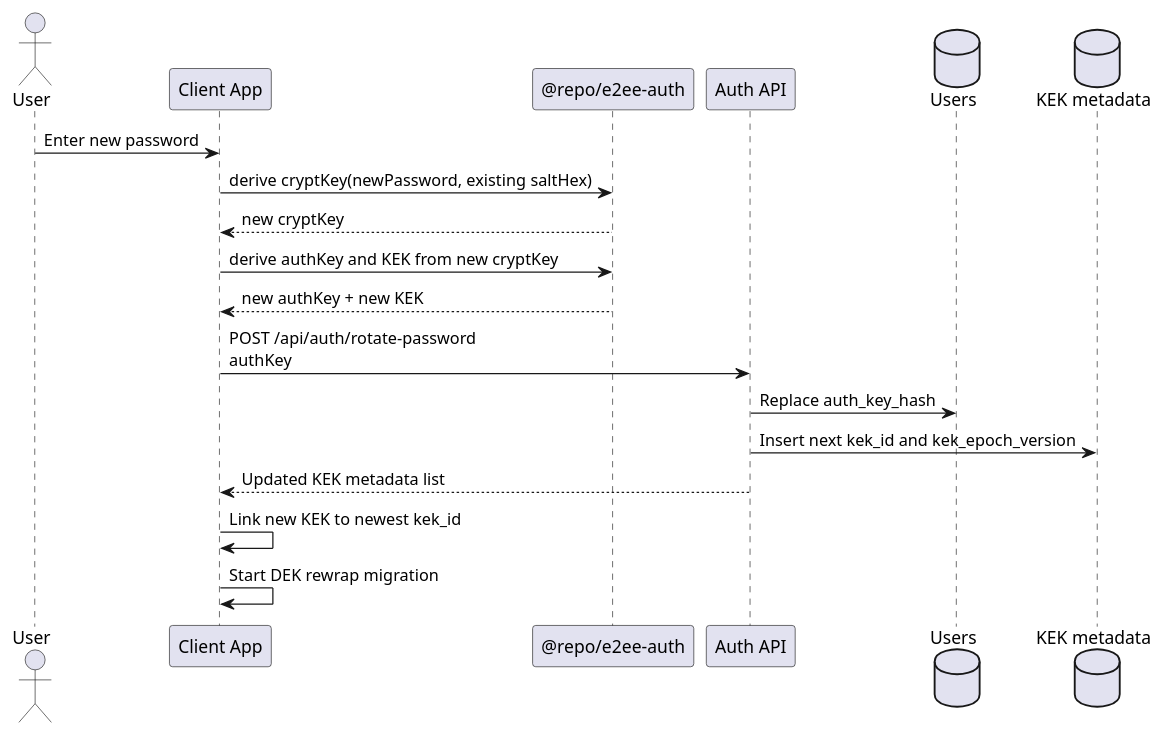
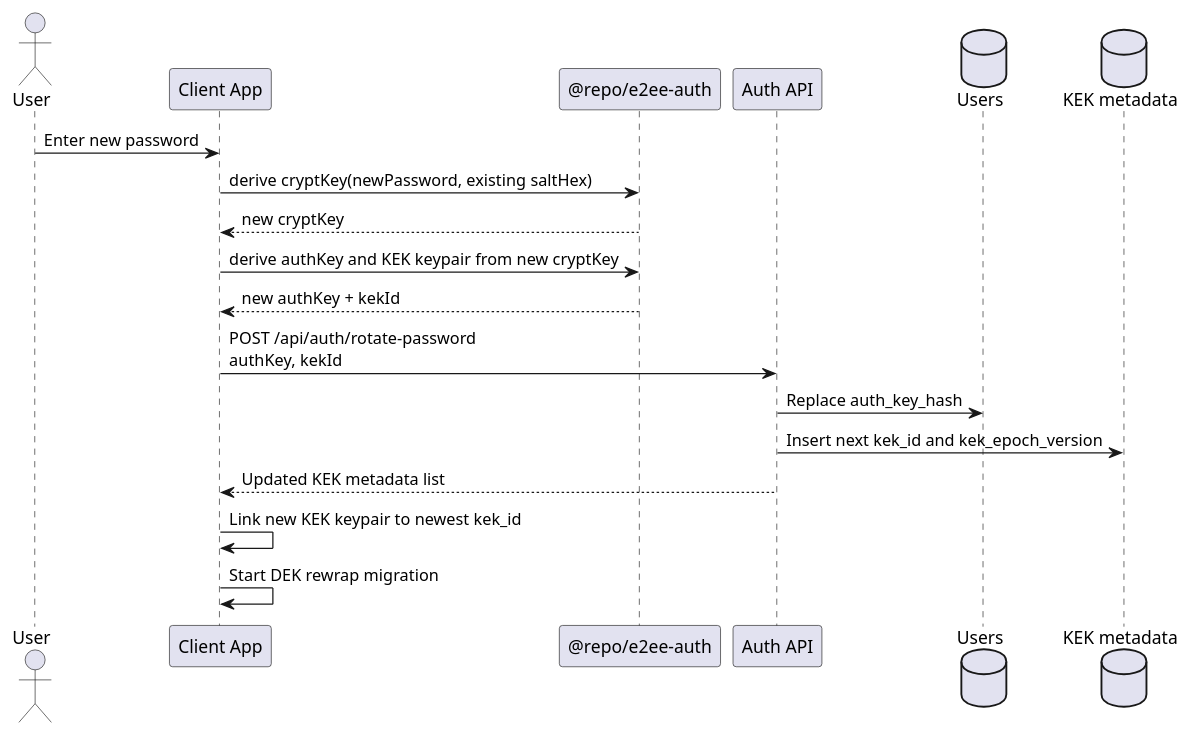
The first of 2 diagrams in apps/docs/docs/auth-password-rotation.md (benedikt-weyer/preset-reactnative-expo-frontend-rust-backend-e2ee-github), drawn with PlantUML before and after one commit. The commit also changed other lines of this file and 31 other files, not shown here.

First line of the commit message:
feat!: implement asymmetric KEK keypair management and encryption

````diff
--- a/apps/docs/docs/auth-password-rotation.md
+++ b/apps/docs/docs/auth-password-rotation.md
@@ -23,24 +24,24 @@
 ```plantuml format="svg_inline" alt="Password rotation sequence" title="Password rotation sequence"
 @startuml
 skinparam shadowing false
 
 actor User
 participant "Client App" as Client
 participant "@repo/e2ee-auth" as Shared
 participant "Auth API" as Api
 database "Users" as Users
 database "KEK metadata" as KekMeta
 
 User -> Client: Enter new password
 Client -> Shared: derive cryptKey(newPassword, existing saltHex)
 Shared --> Client: new cryptKey
-Client -> Shared: derive authKey and KEK from new cryptKey
-Shared --> Client: new authKey + new KEK
-Client -> Api: POST /api/auth/rotate-password\nauthKey
+Client -> Shared: derive authKey and KEK keypair from new cryptKey
+Shared --> Client: new authKey + kekId
+Client -> Api: POST /api/auth/rotate-password\nauthKey, kekId
 Api -> Users: Replace auth_key_hash
 Api -> KekMeta: Insert next kek_id and kek_epoch_version
 Api --> Client: Updated KEK metadata list
-Client -> Client: Link new KEK to newest kek_id
+Client -> Client: Link new KEK keypair to newest kek_id
 Client -> Client: Start DEK rewrap migration
 @enduml
 ```
````
